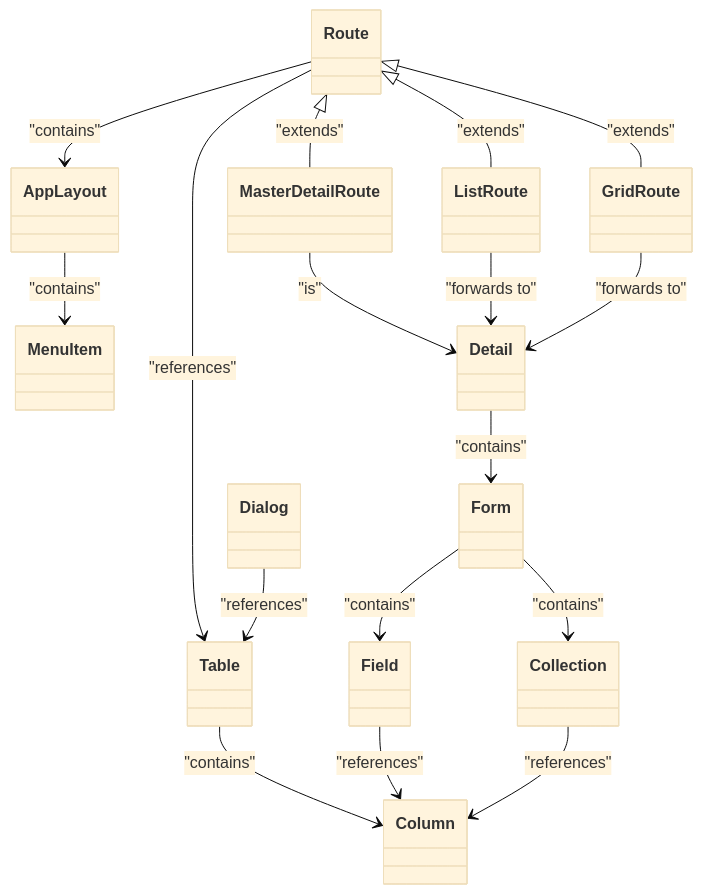
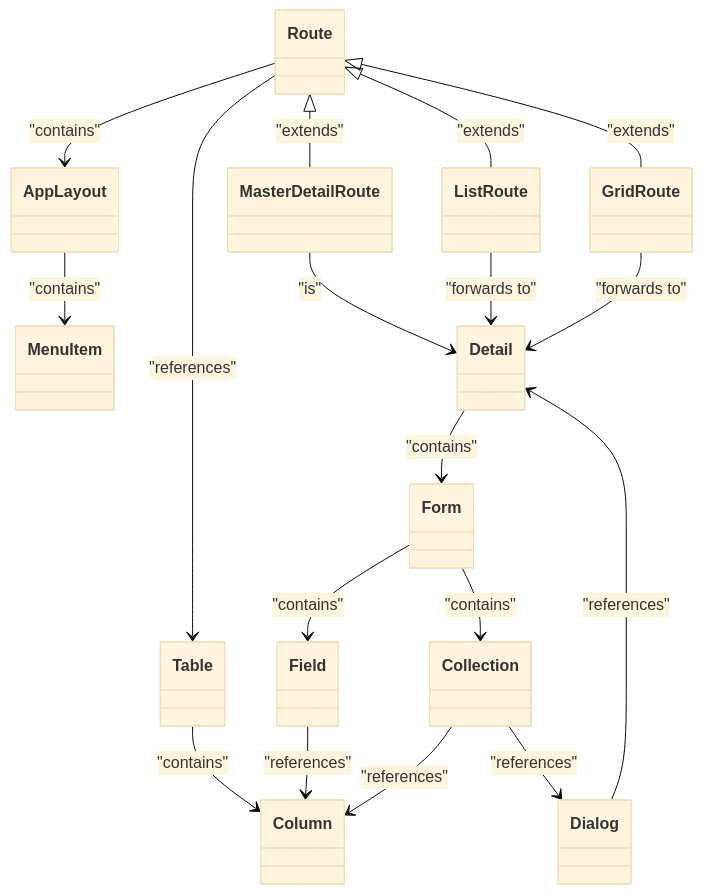
Before and after one commit to appreciated/vortex-crud: the diagram in README.md, drawn with Mermaid (base theme). The commit also changed 15 other files, not shown here.

Commit message:
Anpassungen für die DialogFactory, sodass diese nun auch eine FlowCmsDetailFactory verwenden kann

````diff
--- a/README.md
+++ b/README.md
@@ -72,58 +72,59 @@
 ```mermaid
 classDiagram
    class Table {
    }
 
    class Column {
    }
 
    class Route {
    }
 
    class AppLayout {
    }
 
    class MenuItem {
    }
 
    class MasterDetailRoute {
    }
 
    class ListRoute {
    }
 
    class GridRoute {
    }
 
    class Detail {
    }
 
    class Form {
    }
 
    class Field {
    }
 
    class Collection {
    }
 
    class Dialog {
    }
 
    Route <|-- MasterDetailRoute: "extends"
    Route <|-- ListRoute: "extends"
    Route <|-- GridRoute: "extends"
    Route --> AppLayout: "contains"
    AppLayout --> MenuItem: "contains"
    MasterDetailRoute --> Detail: "is"
    ListRoute --> Detail: "forwards to"
    GridRoute --> Detail: "forwards to"
    Detail --> Form: "contains"
    Form --> Field: "contains"
    Form --> Collection: "contains"
    Route --> Table: "references"
    Table --> Column: "contains"
    Field --> Column: "references"
    Collection --> Column: "references"
-   Dialog --> Table: "references"
+   Collection --> Dialog: "references"
+   Dialog --> Detail: "references"
 ```
````
